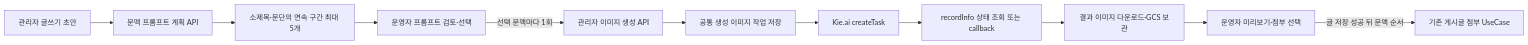
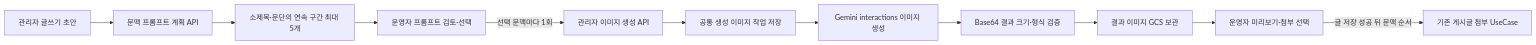
The diagram in docs/Architecture/CommunityAuthoringImageGeneration.md (cheolwo/hongdal), drawn with Mermaid before and after one commit. The commit also changed other lines of this file and 24 other files, not shown here.

````diff
--- a/docs/Architecture/CommunityAuthoringImageGeneration.md
+++ b/docs/Architecture/CommunityAuthoringImageGeneration.md
@@ -7,13 +7,13 @@
 ```mermaid
 flowchart LR
     A["관리자 글쓰기 초안"] --> B["문맥 프롬프트 계획 API"]
     B --> C["소제목·문단의 연속 구간 최대 5개"]
     C --> D["운영자 프롬프트 검토·선택"]
     D -->|선택 문맥마다 1회| E["관리자 이미지 생성 API"]
     E --> F["공통 생성 이미지 작업 저장"]
-    F --> G["Kie.ai createTask"]
-    G --> H["recordInfo 상태 조회 또는 callback"]
-    H --> I["결과 이미지 다운로드·GCS 보관"]
+    F --> G["Gemini interactions 이미지 생성"]
+    G --> H["Base64 결과 크기·형식 검증"]
+    H --> I["결과 이미지 GCS 보관"]
     I --> J["운영자 미리보기·첨부 선택"]
     J -->|글 저장 성공 뒤 문맥 순서| K["기존 게시글 첨부 UseCase"]
 ```
````
